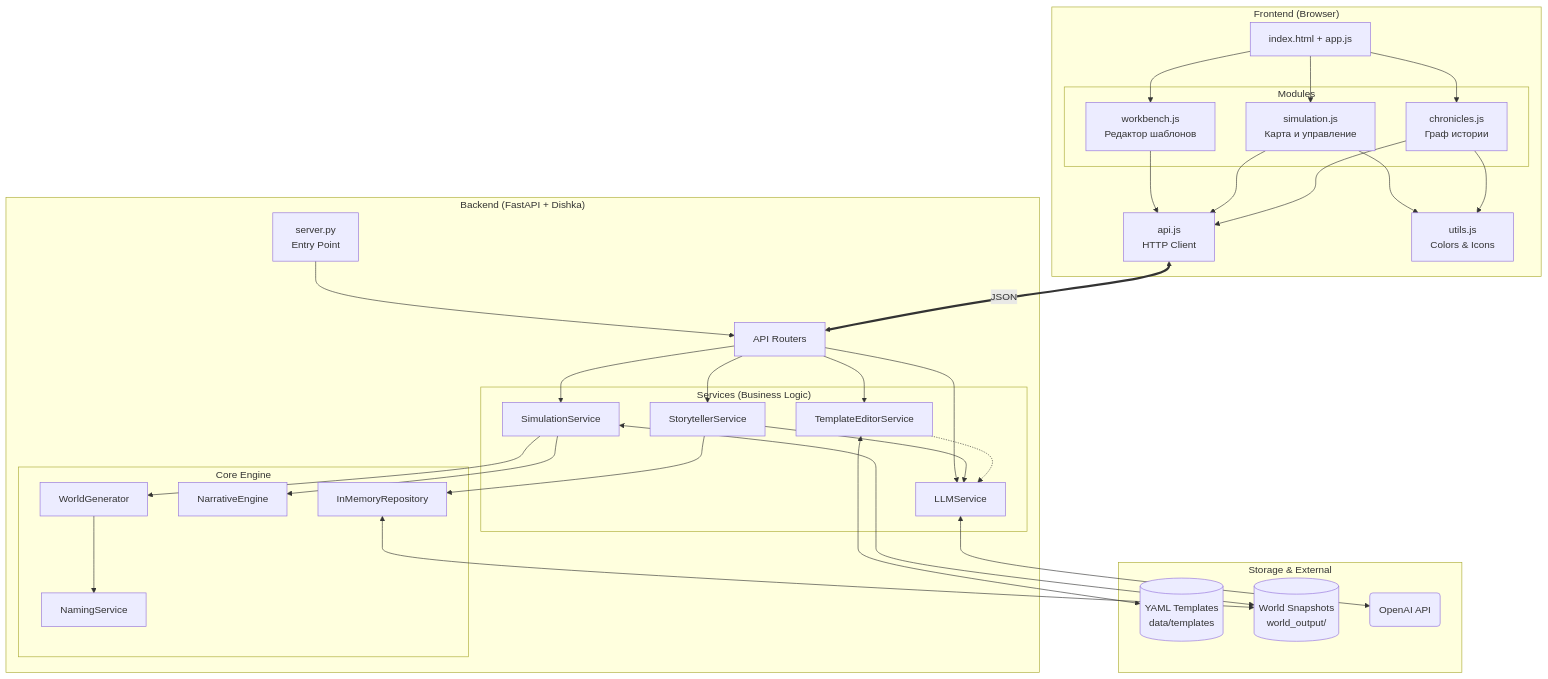
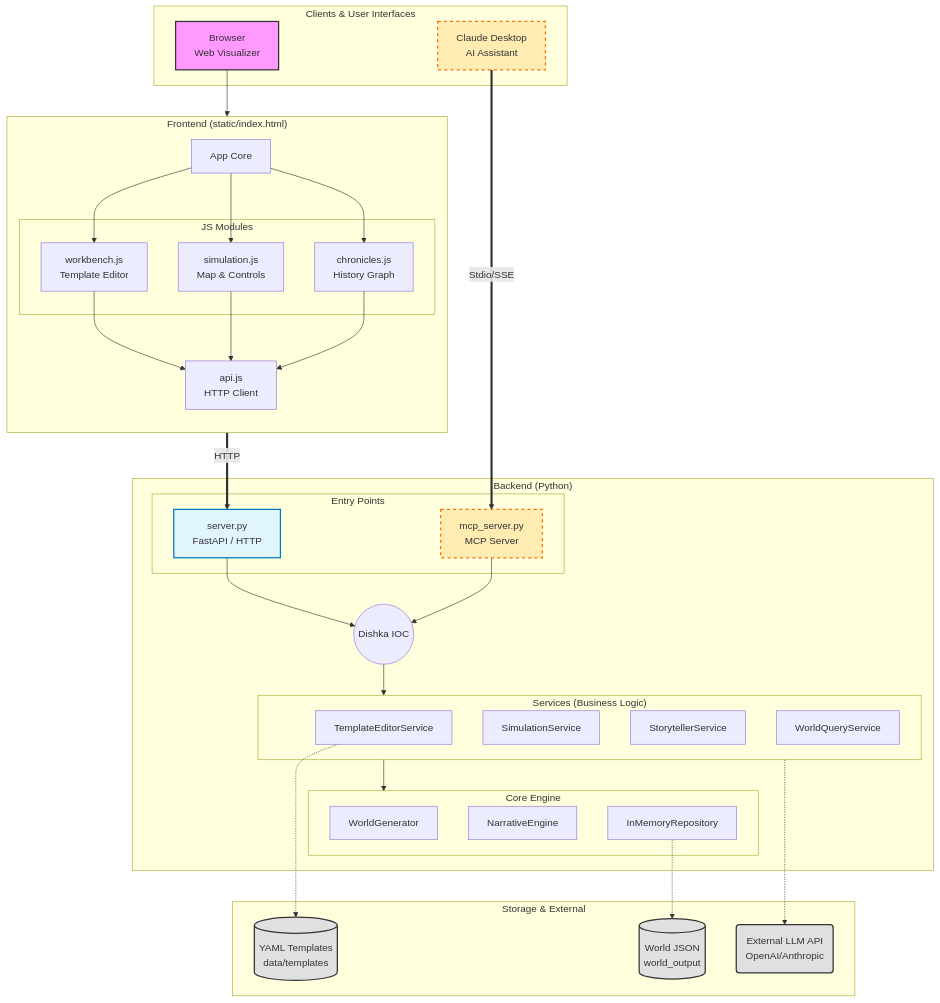
The diagram in README.md (Watashicuvu/world-history-engine), drawn with Mermaid before and after one commit.

````diff
--- a/README.md
+++ b/README.md
@@ -114,69 +114,81 @@
 ```mermaid
 graph TD
-    subgraph "Frontend (Browser)"
-        UI[index.html + app.js]
+    %% --- Стилизация (Styling) ---
+    classDef browser fill:#f9f,stroke:#333,stroke-width:2px;
+    classDef mcp fill:#ffecb3,stroke:#ff6f00,stroke-width:2px,stroke-dasharray: 5 5;
+    classDef storage fill:#e0e0e0,stroke:#333,stroke-width:2px;
+    classDef core fill:#e1f5fe,stroke:#0277bd,stroke-width:2px;
+
+    %% --- External Clients ---
+    subgraph Clients ["Clients & User Interfaces"]
+        BrowserUI[Browser<br>Web Visualizer]:::browser
+        ClaudeApp[Claude Desktop<br>AI Assistant]:::mcp
+    end
+
+    %% --- Frontend ---
+    subgraph Frontend ["Frontend (static/index.html)"]
+        direction TB
+        UI_Core[App Core]
         
-        subgraph "Modules"
-            WB_JS[workbench.js<br>Редактор шаблонов]
-            SIM_JS[simulation.js<br>Карта и управление]
-            CH_JS[chronicles.js<br>Граф истории]
+        subgraph JS_Modules ["JS Modules"]
+            WB_JS[workbench.js<br>Template Editor]
+            SIM_JS[simulation.js<br>Map & Controls]
+            CH_JS[chronicles.js<br>History Graph]
         end
         
         API_JS[api.js<br>HTTP Client]
-        UTILS_JS[utils.js<br>Colors & Icons]
         
-        UI --> WB_JS
-        UI --> SIM_JS
-        UI --> CH_JS
-        
-        WB_JS --> API_JS
-        SIM_JS --> API_JS & UTILS_JS
-        CH_JS --> API_JS & UTILS_JS
+        BrowserUI --> UI_Core
+        UI_Core --> WB_JS & SIM_JS & CH_JS
+        WB_JS & SIM_JS & CH_JS --> API_JS
     end
 
-    subgraph "Backend (FastAPI + Dishka)"
-        Server[server.py<br>Entry Point]
-        Router[API Routers]
+    %% --- Backend ---
+    subgraph Backend ["Backend (Python)"]
         
-        subgraph "Services (Business Logic)"
+        %% Entry Points
+        subgraph EntryPoints ["Entry Points"]
+            Server[server.py<br>FastAPI / HTTP]:::core
+            MCPSrv[mcp_server.py<br>MCP Server]:::mcp
+        end
+
+        %% Dependency Injection
+        DI((Dishka IOC))
+
+        %% Service Layer
+        subgraph Services ["Services (Business Logic)"]
             TES[TemplateEditorService]
             SIM_S[SimulationService]
             ST_S[StorytellerService]
-            LLM_S[LLMService]
+            WQS[WorldQueryService]
         end
         
-        subgraph "Core Engine"
+        %% Core Logic
+        subgraph CoreEngine ["Core Engine"]
             WG[WorldGenerator]
             NE[NarrativeEngine]
-            NS[NamingService]
             Repo[InMemoryRepository]
         end
 
-        Server --> Router
-        Router --> TES & SIM_S & ST_S & LLM_S
+        %% Connections
+        ClaudeApp == Stdio/SSE ==> MCPSrv
+        API_JS == HTTP ==> Server
         
-        SIM_S --> WG
-        SIM_S --> NE
-        WG --> NS
-        ST_S --> LLM_S
-        ST_S --> Repo
+        Server & MCPSrv --> DI
+        DI --> Services
         
-        %% Связь редактора с LLM
-        TES -.-> LLM_S
+        Services --> CoreEngine
     end
 
-    subgraph "Storage & External"
-        YAML[(YAML Templates<br>data/templates)]
-        JSON[(World Snapshots<br>world_output/)]
-        OpenAI(OpenAI API)
+    %% --- Storage ---
+    subgraph Storage ["Storage & External"]
+        YAML[(YAML Templates<br>data/templates)]:::storage
+        JSON[(World JSON<br>world_output)]:::storage
+        LLM_API(External LLM API<br>OpenAI/Anthropic):::storage
     end
 
-    %% Data Flows
-    TES <--> YAML
-    SIM_S <--> JSON
-    Repo <--> JSON
-    LLM_S <--> OpenAI
-    
-    %% API Connections
-    API_JS <== JSON ==> Router
+    %% --- Cross-Links ---
+    Services -.-> LLM_API
+    Repo -.-> JSON
+    TES -.-> YAML
 ```
````
